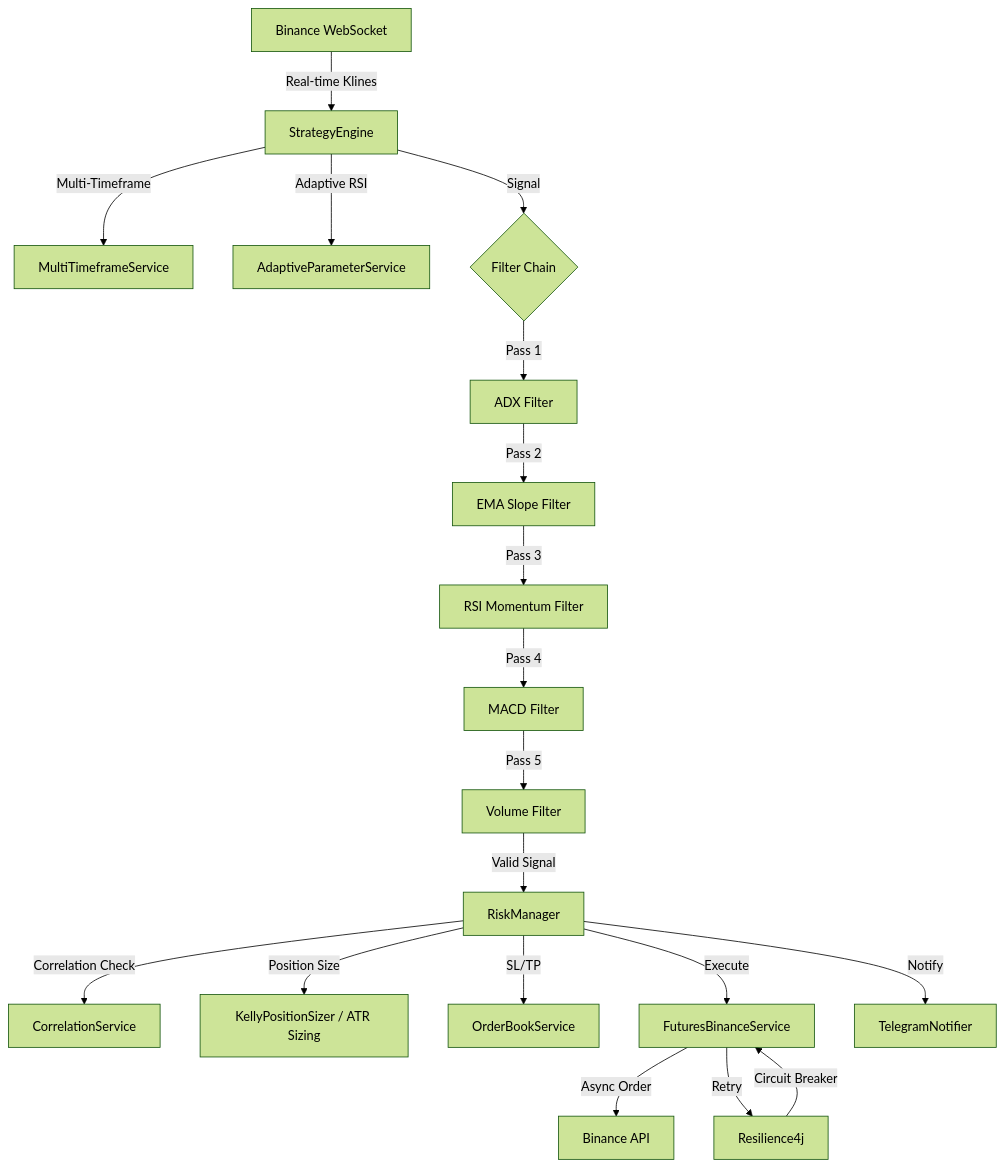
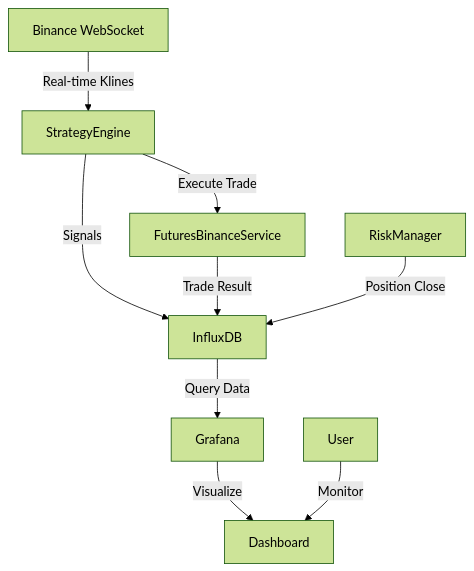
Before and after one commit to aliturgutbozkurt/crypto-trading-turkninja: the diagram in README.md, drawn with Mermaid (forest theme). The commit also changed other lines of this file and 22 other files, not shown here.

````diff
--- a/README.md
+++ b/README.md
@@ -335,26 +217,14 @@
 ```mermaid
 graph TD
     A[Binance WebSocket] -->|Real-time Klines| B[StrategyEngine]
-    B -->|Multi-Timeframe| C[MultiTimeframeService]
-    B -->|Adaptive RSI| D[AdaptiveParameterService]
-    B -->|Signal| E{Filter Chain}
+    B -->|Signals| C[InfluxDB]
+    B -->|Execute Trade| D[FuturesBinanceService]
+    D -->|Trade Result| C
     
-    E -->|Pass 1| F[ADX Filter]
-    F -->|Pass 2| G[EMA Slope Filter]
-    G -->|Pass 3| H[RSI Momentum Filter]
-    H -->|Pass 4| I[MACD Filter]
-    I -->|Pass 5| J[Volume Filter]
+    E[RiskManager] -->|Position Close| C
     
-    J -->|Valid Signal| K[RiskManager]
-    K -->|Correlation Check| L[CorrelationService]
-    K -->|Position Size| M[KellyPositionSizer / ATR Sizing]
-    K -->|SL/TP| N[OrderBookService]
+    C -->|Query Data| F[Grafana]
+    F -->|Visualize| G[Dashboard]
     
-    K -->|Execute| O[FuturesBinanceService]
-    O -->|Async Order| P[Binance API]
-    
-    O -->|Retry| Q[Resilience4j]
-    Q -->|Circuit Breaker| O
-    
-    K -->|Notify| R[TelegramNotifier]
+    H[User] -->|Monitor| G
 ```
````
